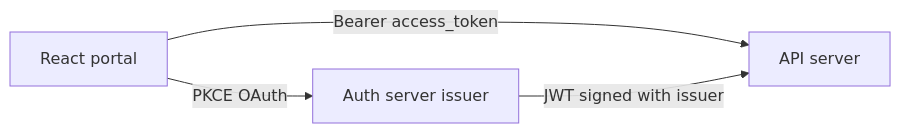
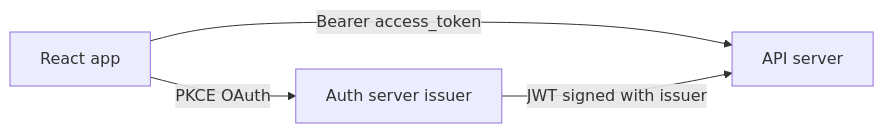
The diagram in README.md (uids-io/sdk_react), drawn with Mermaid before and after one commit. The commit also changed other lines of this file and 3 other files, not shown here.

````diff
--- a/README.md
+++ b/README.md
@@ -27,6 +27,6 @@
 ```mermaid
 flowchart LR
-  Portal[React portal] -->|PKCE OAuth| Auth[Auth server issuer]
-  Portal -->|Bearer access_token| API[API server]
+  App[React app] -->|PKCE OAuth| Auth[Auth server issuer]
+  App -->|Bearer access_token| API[API server]
   Auth -->|JWT signed with issuer| API
 ```
````
